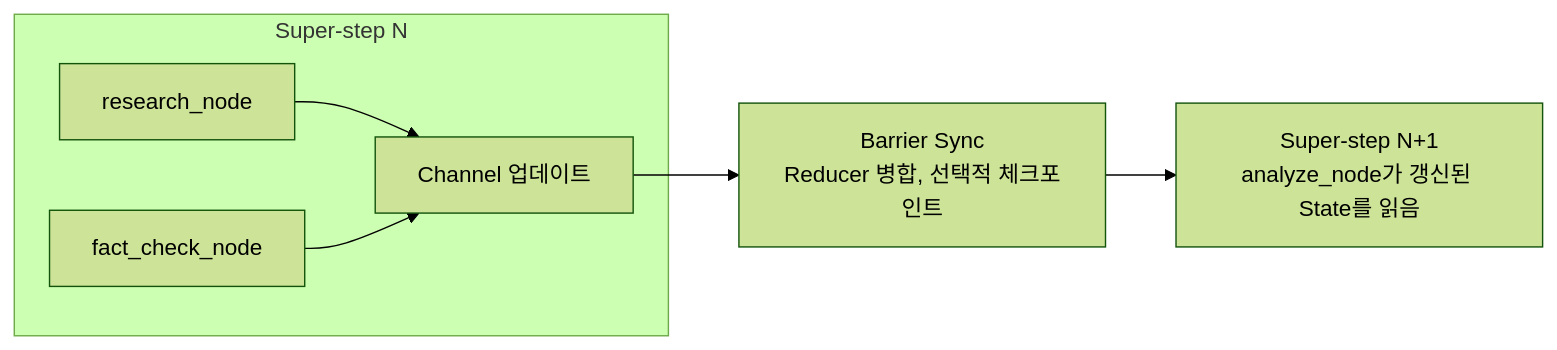
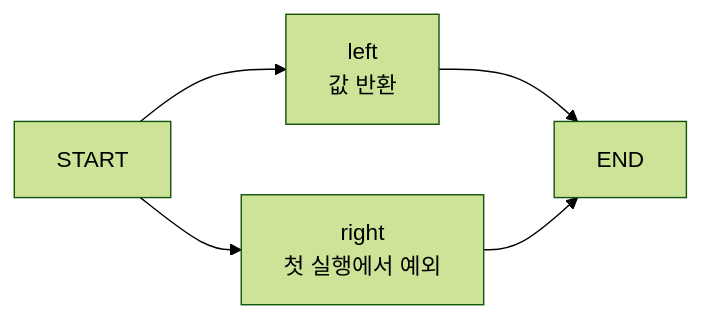
The diagram in src/content/blog/ko/langgraph-pregel.md (kukjun/blog), drawn with Mermaid (forest theme) before and after one commit. The commit also changed other lines of this file and 31 other files, not shown here.

````diff
--- a/src/content/blog/ko/langgraph-pregel.md
+++ b/src/content/blog/ko/langgraph-pregel.md
@@ -147,9 +30,7 @@
 ```mermaid
 flowchart LR
-  subgraph s1["Super-step N"]
-    A1["research_node"] --> CH["Channel 업데이트"]
-    B1["fact_check_node"] --> CH
-  end
-  CH --> BAR["Barrier Sync<br/>Reducer 병합, 선택적 체크포인트"]
-  BAR --> s2["Super-step N+1<br/>analyze_node가 갱신된 State를 읽음"]
+  S[START] --> L["left<br/>값 반환"]
+  S --> R["right<br/>첫 실행에서 예외"]
+  L --> E[END]
+  R --> E
 ```
````
